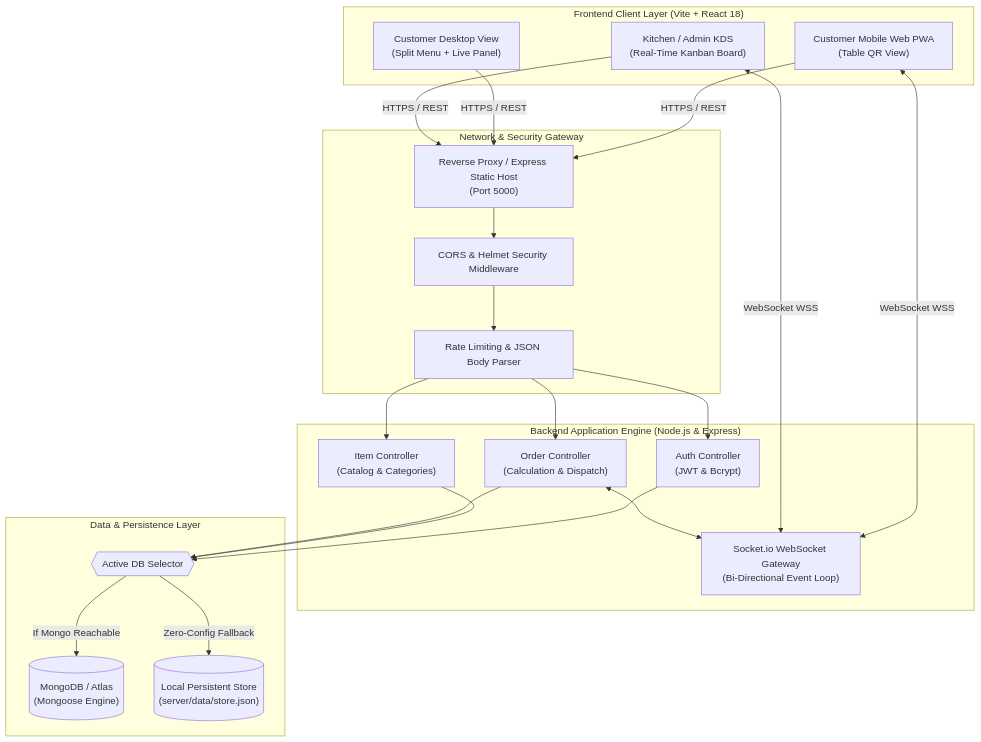
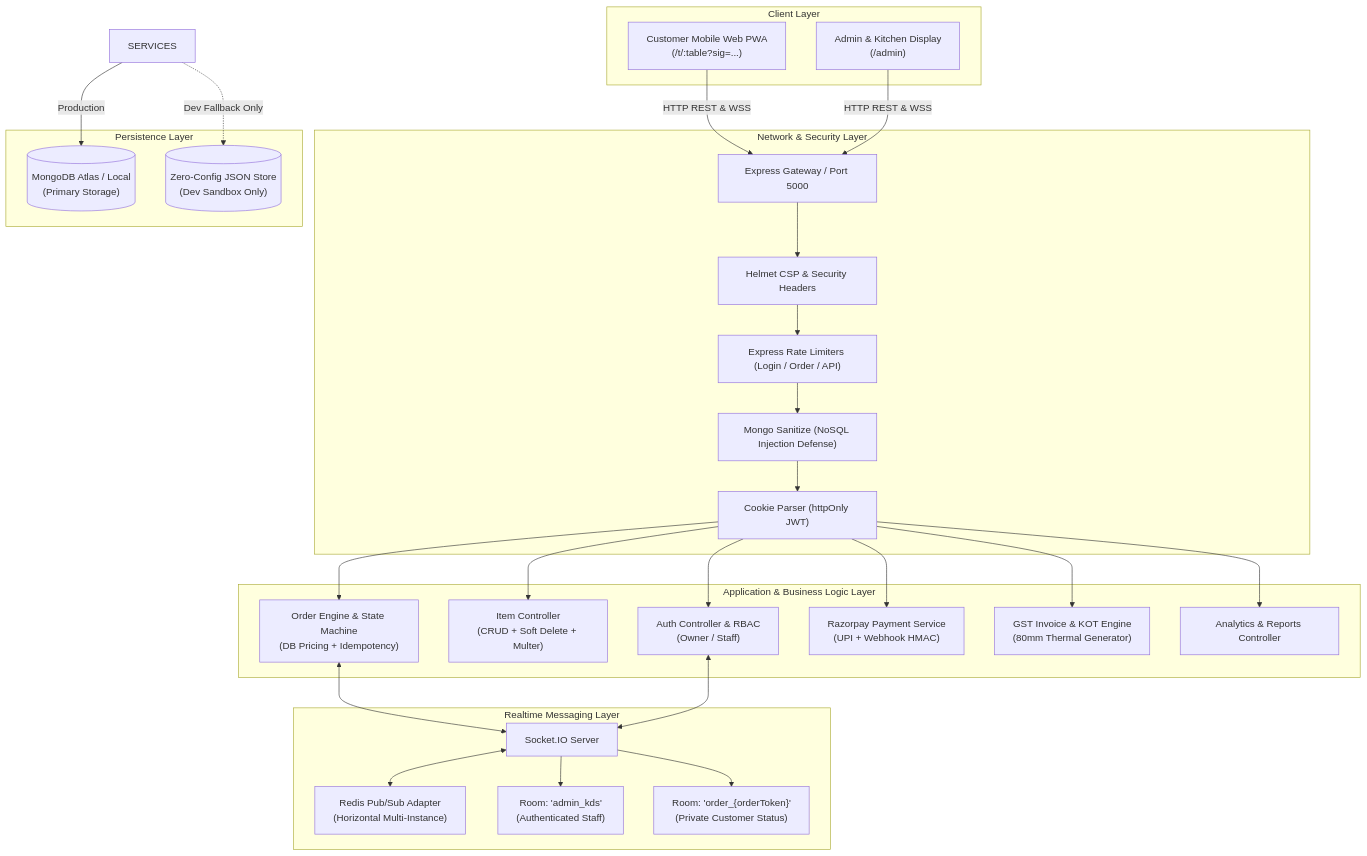
The first of 3 diagrams in README.md (Anu7276/CAFE_MANAGEMENT_SYSTEM), drawn with Mermaid before and after one commit. The commit also changed other lines of this file and 11 other files, not shown here.

````diff
--- a/README.md
+++ b/README.md
@@ -46,46 +37,57 @@
 ```mermaid
 flowchart TD
-    subgraph ClientLayer ["Frontend Client Layer (Vite + React 18)"]
-        A["Customer Mobile Web PWA<br/>(Table QR View)"]
-        B["Customer Desktop View<br/>(Split Menu + Live Panel)"]
-        C["Kitchen / Admin KDS<br/>(Real-Time Kanban Board)"]
+    subgraph Clients ["Client Layer"]
+        C1["Customer Mobile Web PWA<br/>(/t/:table?sig=...)"]
+        C2["Admin & Kitchen Display<br/>(/admin)"]
     end
 
-    subgraph GatewayLayer ["Network & Security Gateway"]
-        D["Reverse Proxy / Express Static Host<br/>(Port 5000)"]
-        E["CORS & Helmet Security Middleware"]
-        F["Rate Limiting & JSON Body Parser"]
+    subgraph Gateway ["Network & Security Layer"]
+        GW["Express Gateway / Port 5000"]
+        HL["Helmet CSP & Security Headers"]
+        RL["Express Rate Limiters (Login / Order / API)"]
+        MS["Mongo Sanitize (NoSQL Injection Defense)"]
+        CP["Cookie Parser (httpOnly JWT)"]
     end
 
-    subgraph ServiceLayer ["Backend Application Engine (Node.js & Express)"]
-        G["Auth Controller<br/>(JWT & Bcrypt)"]
-        H["Item Controller<br/>(Catalog & Categories)"]
-        I["Order Controller<br/>(Calculation & Dispatch)"]
-        J["Socket.io WebSocket Gateway<br/>(Bi-Directional Event Loop)"]
+    subgraph Services ["Application & Business Logic Layer"]
+        AUTH["Auth Controller & RBAC<br/>(Owner / Staff)"]
+        ITEMS["Item Controller<br/>(CRUD + Soft Delete + Multer)"]
+        ORDERS["Order Engine & State Machine<br/>(DB Pricing + Idempotency)"]
+        PAY["Razorpay Payment Service<br/>(UPI + Webhook HMAC)"]
+        INV["GST Invoice & KOT Engine<br/>(80mm Thermal Generator)"]
+        REPORTS["Analytics & Reports Controller"]
     end
 
-    subgraph DataLayer ["Data & Persistence Layer"]
-        K{{"Active DB Selector"}}
-        L[("MongoDB / Atlas<br/>(Mongoose Engine)")]
-        M[("Local Persistent Store<br/>(server/data/store.json)")]
+    subgraph Realtime ["Realtime Messaging Layer"]
+        SIO["Socket.IO Server"]
+        REDIS["Redis Pub/Sub Adapter<br/>(Horizontal Multi-Instance)"]
+        ROOM1["Room: 'admin_kds'<br/>(Authenticated Staff)"]
+        ROOM2["Room: 'order_{orderToken}'<br/>(Private Customer Status)"]
     end
 
-    A -->|"HTTPS / REST"| D
-    B -->|"HTTPS / REST"| D
-    C -->|"HTTPS / REST"| D
-    A <-->|"WebSocket WSS"| J
-    C <-->|"WebSocket WSS"| J
+    subgraph Storage ["Persistence Layer"]
+        MONGO[("MongoDB Atlas / Local<br/>(Primary Storage)")]
+        DEVSTORE[("Zero-Config JSON Store<br/>(Dev Sandbox Only)")]
+    end
 
-    D --> E --> F
-    F --> G
-    F --> H
-    F --> I
-    I <--> J
+    C1 -->|"HTTP REST & WSS"| GW
+    C2 -->|"HTTP REST & WSS"| GW
 
-    G --> K
-    H --> K
-    I --> K
+    GW --> HL --> RL --> MS --> CP
 
-    K -->|"If Mongo Reachable"| L
-    K -->|"Zero-Config Fallback"| M
+    CP --> AUTH
+    CP --> ITEMS
+    CP --> ORDERS
+    CP --> PAY
+    CP --> INV
+    CP --> REPORTS
+
+    ORDERS <--> SIO
+    AUTH <--> SIO
+    SIO <--> REDIS
+    SIO --> ROOM1
+    SIO --> ROOM2
+
+    SERVICES -->|"Production"| MONGO
+    SERVICES -.->|"Dev Fallback Only"| DEVSTORE
 ```
````
